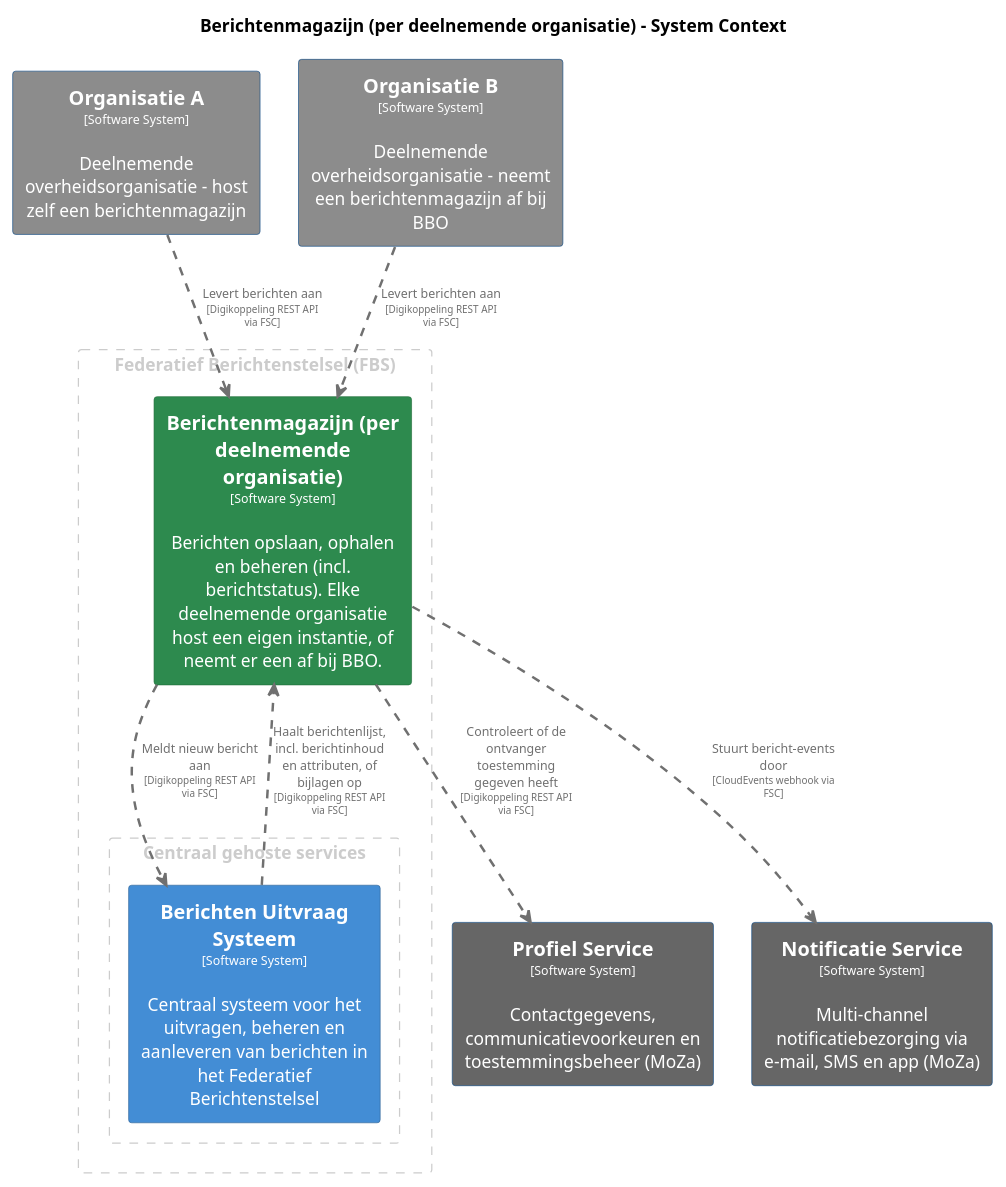
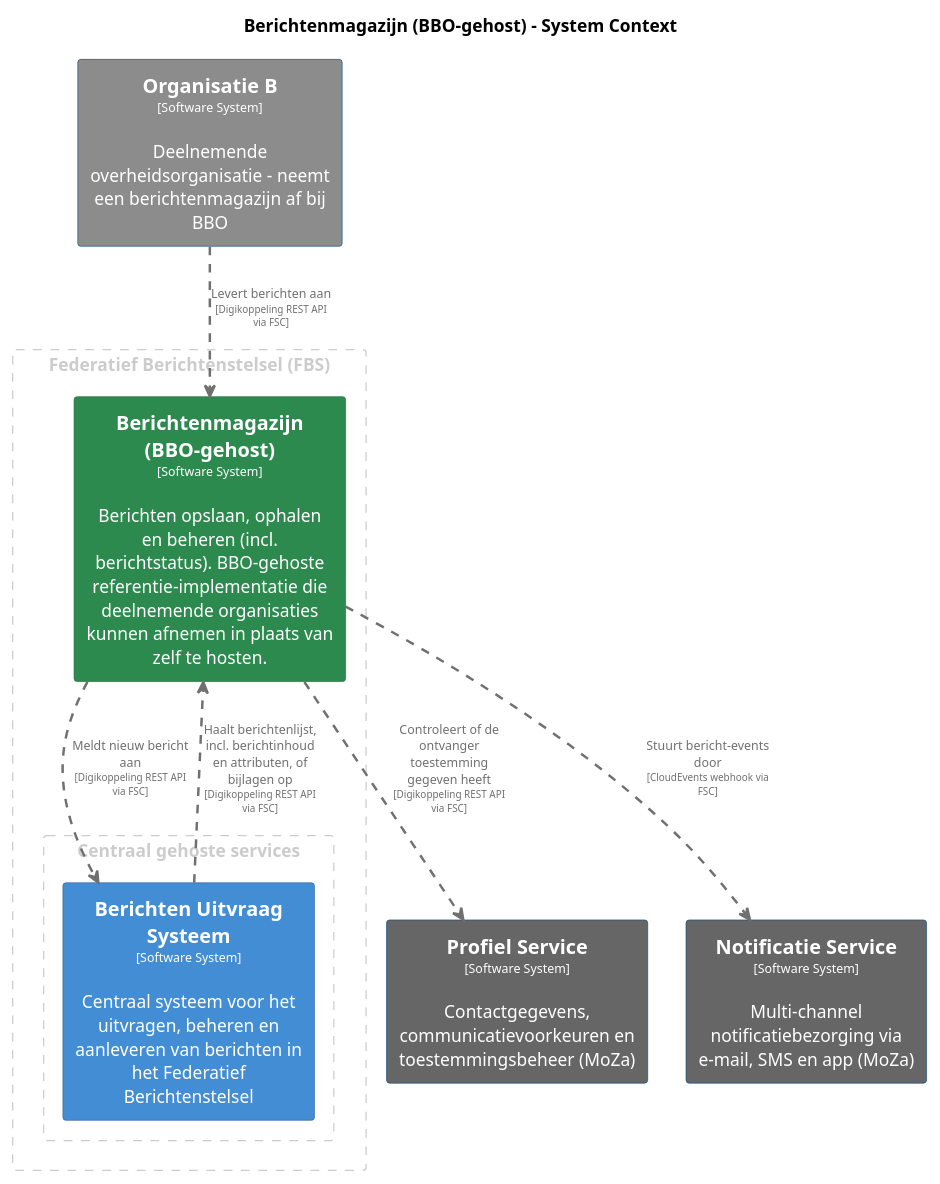
The diagram in master/puml/Berichtenmagazijn.puml (MinBZK/moza-poc-fbs-berichtenbox), drawn with PlantUML before and after one commit. The commit also changed 90 other files, not shown here.

```diff
--- a/master/puml/Berichtenmagazijn.puml
+++ b/master/puml/Berichtenmagazijn.puml
@@ -1,82 +1,74 @@
 @startuml
 set separator none
-title Berichtenmagazijn (per deelnemende organisatie) - System Context
+title Berichtenmagazijn (BBO-gehost) - System Context
 
 top to bottom direction
 skinparam ranksep 60
 skinparam nodesep 30
 
 skinparam {
   arrowFontSize 10
   defaultTextAlignment center
   wrapWidth 200
   maxMessageSize 100
 }
 
 hide stereotype
 
 skinparam rectangle<<BerichtenUitvraagSysteem>> {
   BackgroundColor #438dd5
   FontColor #ffffff
   BorderColor #2e6295
   shadowing false
 }
-skinparam rectangle<<Berichtenmagazijnperdeelnemendeorganisatie>> {
+skinparam rectangle<<BerichtenmagazijnBBOgehost>> {
   BackgroundColor #2d8a4e
   FontColor #ffffff
   BorderColor #1e6b38
   shadowing false
 }
 skinparam rectangle<<NotificatieService>> {
   BackgroundColor #666666
-  FontColor #ffffff
-  BorderColor #0b4884
-  shadowing false
-}
-skinparam rectangle<<OrganisatieA>> {
-  BackgroundColor #8c8c8c
   FontColor #ffffff
   BorderColor #0b4884
   shadowing false
 }
 skinparam rectangle<<OrganisatieB>> {
   BackgroundColor #8c8c8c
   FontColor #ffffff
   BorderColor #0b4884
   shadowing false
 }
 skinparam rectangle<<ProfielService>> {
   BackgroundColor #666666
   FontColor #ffffff
   BorderColor #0b4884
   shadowing false
 }
 
 rectangle "Federatief Berichtenstelsel (FBS)" <<group1>> as group1 {
   skinparam RectangleBorderColor<<group1>> #cccccc
   skinparam RectangleFontColor<<group1>> #cccccc
   skinparam RectangleBorderStyle<<group1>> dashed
 
-  rectangle "==Berichtenmagazijn (per deelnemende organisatie)\n<size:10>[Software System]</size>\n\nBerichten opslaan, ophalen en beheren (incl. berichtstatus). Elke deelnemende organisatie host een eigen instantie, of neemt er een af bij BBO." <<Berichtenmagazijnperdeelnemendeorganisatie>> as Berichtenmagazijnperdeelnemendeorganisatie
+  rectangle "==Berichtenmagazijn (BBO-gehost)\n<size:10>[Software System]</size>\n\nBerichten opslaan, ophalen en beheren (incl. berichtstatus). BBO-gehoste referentie-implementatie die deelnemende organisaties kunnen afnemen in plaats van zelf te hosten." <<BerichtenmagazijnBBOgehost>> as BerichtenmagazijnBBOgehost
     rectangle "Centraal gehoste services" <<group2>> as group2 {
       skinparam RectangleBorderColor<<group2>> #cccccc
       skinparam RectangleFontColor<<group2>> #cccccc
       skinparam RectangleBorderStyle<<group2>> dashed
 
       rectangle "==Berichten Uitvraag Systeem\n<size:10>[Software System]</size>\n\nCentraal systeem voor het uitvragen, beheren en aanleveren van berichten in het Federatief Berichtenstelsel" <<BerichtenUitvraagSysteem>> as BerichtenUitvraagSysteem
     }
 
 }
 
-rectangle "==Organisatie A\n<size:10>[Software System]</size>\n\nDeelnemende overheidsorganisatie - host zelf een berichtenmagazijn" <<OrganisatieA>> as OrganisatieA
 rectangle "==Organisatie B\n<size:10>[Software System]</size>\n\nDeelnemende overheidsorganisatie - neemt een berichtenmagazijn af bij BBO" <<OrganisatieB>> as OrganisatieB
 rectangle "==Profiel Service\n<size:10>[Software System]</size>\n\nContactgegevens, communicatievoorkeuren en toestemmingsbeheer (MoZa)" <<ProfielService>> as ProfielService
 rectangle "==Notificatie Service\n<size:10>[Software System]</size>\n\nMulti-channel notificatiebezorging via e-mail, SMS en app (MoZa)" <<NotificatieService>> as NotificatieService
 
-BerichtenUitvraagSysteem .[#707070,thickness=2].> Berichtenmagazijnperdeelnemendeorganisatie : "<color:#707070>Haalt berichtenlijst, incl. berichtinhoud en attributen, of bijlagen op\n<color:#707070><size:8>[Digikoppeling REST API via FSC]</size>"
-Berichtenmagazijnperdeelnemendeorganisatie .[#707070,thickness=2].> BerichtenUitvraagSysteem : "<color:#707070>Meldt nieuw bericht aan\n<color:#707070><size:8>[Digikoppeling REST API via FSC]</size>"
-Berichtenmagazijnperdeelnemendeorganisatie .[#707070,thickness=2].> NotificatieService : "<color:#707070>Stuurt bericht-events door\n<color:#707070><size:8>[CloudEvents webhook via FSC]</size>"
-OrganisatieA .[#707070,thickness=2].> Berichtenmagazijnperdeelnemendeorganisatie : "<color:#707070>Levert berichten aan\n<color:#707070><size:8>[Digikoppeling REST API via FSC]</size>"
-OrganisatieB .[#707070,thickness=2].> Berichtenmagazijnperdeelnemendeorganisatie : "<color:#707070>Levert berichten aan\n<color:#707070><size:8>[Digikoppeling REST API via FSC]</size>"
-Berichtenmagazijnperdeelnemendeorganisatie .[#707070,thickness=2].> ProfielService : "<color:#707070>Controleert of de ontvanger toestemming gegeven heeft\n<color:#707070><size:8>[Digikoppeling REST API via FSC]</size>"
+BerichtenUitvraagSysteem .[#707070,thickness=2].> BerichtenmagazijnBBOgehost : "<color:#707070>Haalt berichtenlijst, incl. berichtinhoud en attributen, of bijlagen op\n<color:#707070><size:8>[Digikoppeling REST API via FSC]</size>"
+BerichtenmagazijnBBOgehost .[#707070,thickness=2].> BerichtenUitvraagSysteem : "<color:#707070>Meldt nieuw bericht aan\n<color:#707070><size:8>[Digikoppeling REST API via FSC]</size>"
+BerichtenmagazijnBBOgehost .[#707070,thickness=2].> NotificatieService : "<color:#707070>Stuurt bericht-events door\n<color:#707070><size:8>[CloudEvents webhook via FSC]</size>"
+OrganisatieB .[#707070,thickness=2].> BerichtenmagazijnBBOgehost : "<color:#707070>Levert berichten aan\n<color:#707070><size:8>[Digikoppeling REST API via FSC]</size>"
+BerichtenmagazijnBBOgehost .[#707070,thickness=2].> ProfielService : "<color:#707070>Controleert of de ontvanger toestemming gegeven heeft\n<color:#707070><size:8>[Digikoppeling REST API via FSC]</size>"
 @enduml
```
